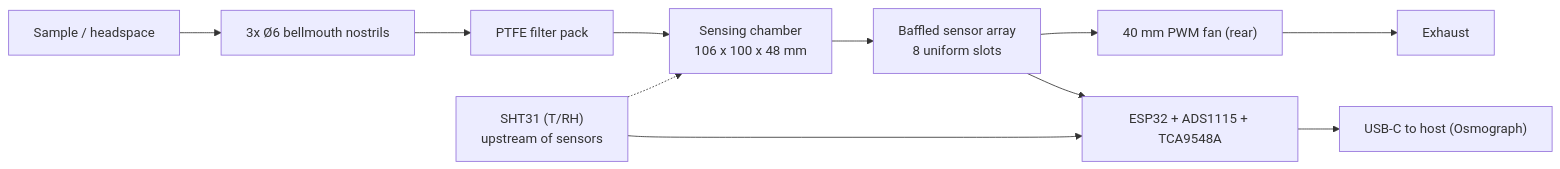
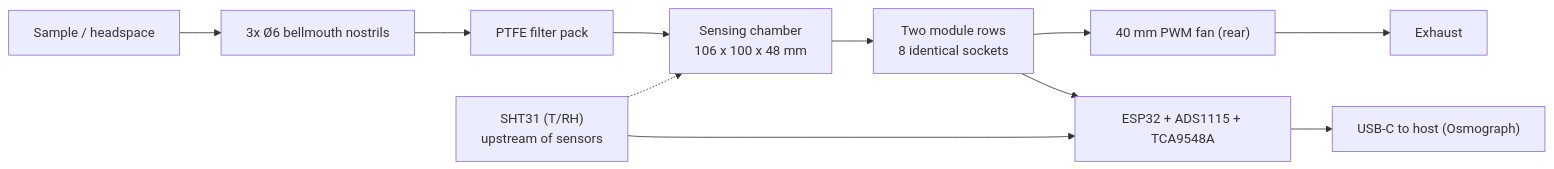
The first of 3 diagrams in docs/blueprint.md (OpenSmell/smell-monitor), drawn with Mermaid before and after one commit. The commit also changed other lines of this file and 21 other files, not shown here.

````diff
--- a/docs/blueprint.md
+++ b/docs/blueprint.md
@@ -120,13 +120,13 @@
 ```mermaid
 flowchart LR
     S[Sample / headspace] --> N["3x Ø6 bellmouth nostrils"]
     N --> F[PTFE filter pack]
     F --> C["Sensing chamber<br/>106 x 100 x 48 mm"]
-    C --> B["Baffled sensor array<br/>8 uniform slots"]
+    C --> B["Two module rows<br/>8 identical sockets"]
     B --> X["40 mm PWM fan (rear)"]
     X --> E[Exhaust]
     ENV["SHT31 (T/RH)<br/>upstream of sensors"] -.-> C
     B --> M["ESP32 + ADS1115 + TCA9548A"]
     ENV --> M
     M --> U["USB-C to host (Osmograph)"]
 ```
````
